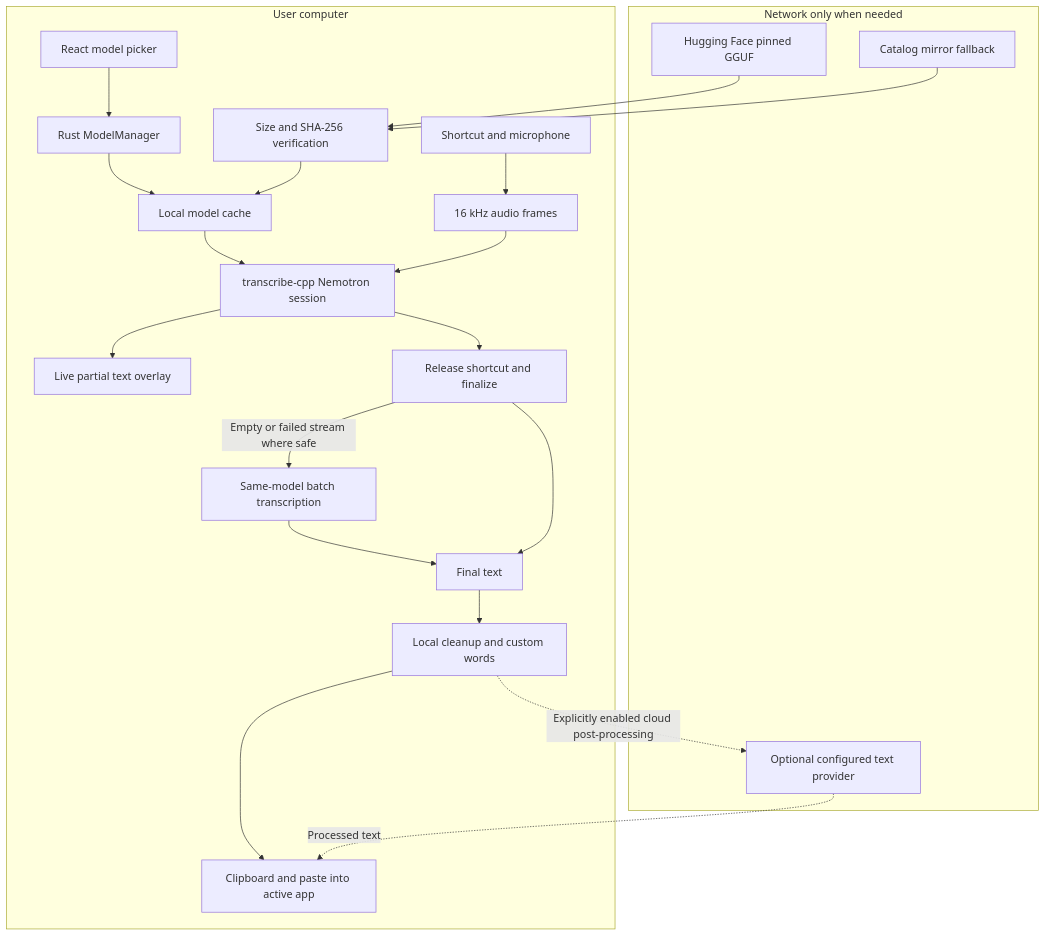
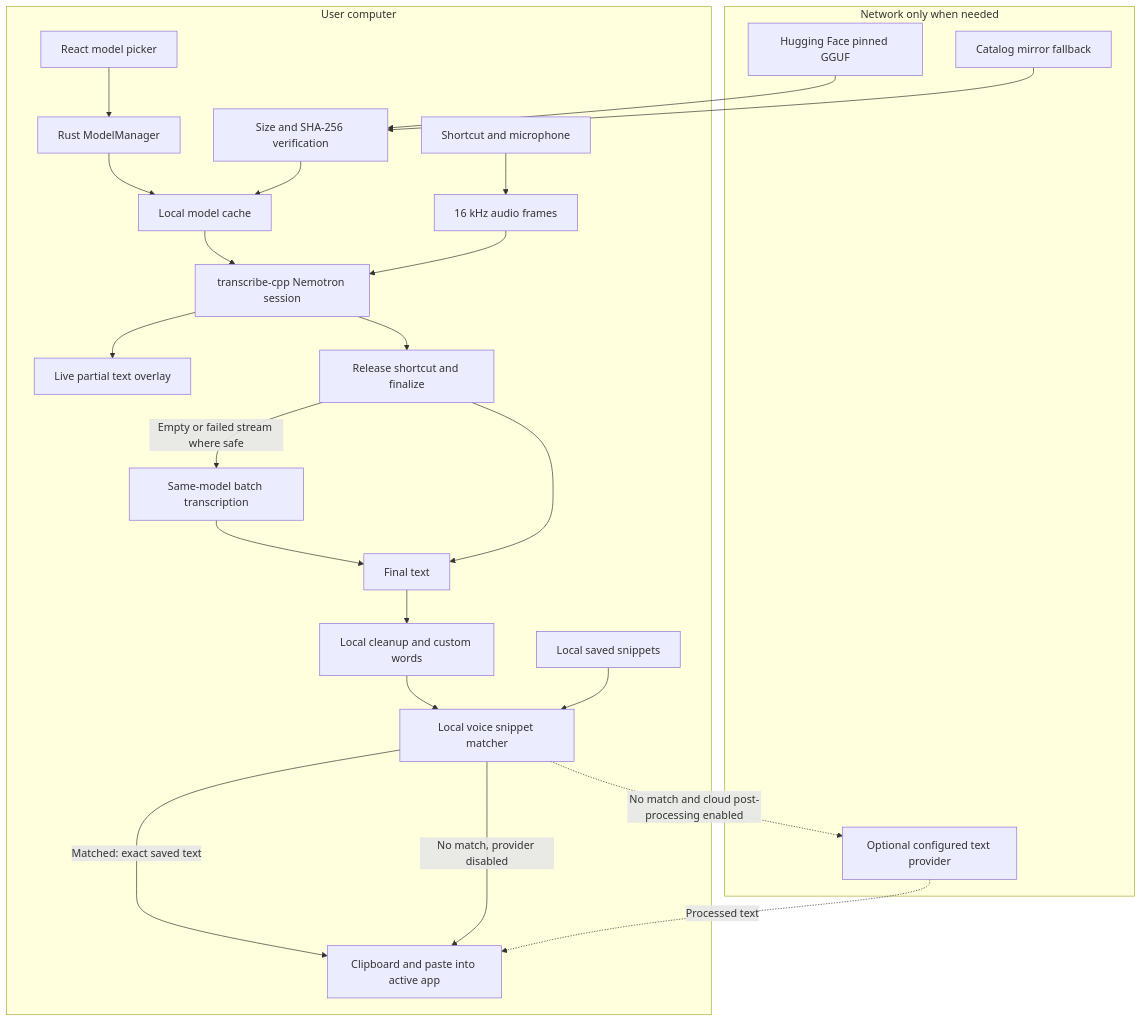
Before and after one commit to Dreydrey9000/say-less: the diagram in docs/diagrams/dictation.mmd, drawn with Mermaid. The commit also changed 68 other files, not shown here.

Commit message:
feat: add local voice snippets and accessible dictation controls

```diff
--- a/docs/diagrams/dictation.mmd
+++ b/docs/diagrams/dictation.mmd
@@ -1,25 +1,28 @@
 flowchart TD
     subgraph Network[Network only when needed]
         HF[Hugging Face pinned GGUF]
         Mirror[Catalog mirror fallback]
         Cloud[Optional configured text provider]
     end
     subgraph Local[User computer]
         Picker[React model picker] --> Manager[Rust ModelManager]
         HF --> Check[Size and SHA-256 verification]
         Mirror --> Check
         Check --> Cache[Local model cache]
         Manager --> Cache
         Mic[Shortcut and microphone] --> Audio[16 kHz audio frames]
         Audio --> Runtime[transcribe-cpp Nemotron session]
         Cache --> Runtime
         Runtime --> Preview[Live partial text overlay]
         Runtime --> Finalize[Release shortcut and finalize]
         Finalize -->|Empty or failed stream where safe| Batch[Same-model batch transcription]
         Batch --> Text[Final text]
         Finalize --> Text
         Text --> Cleanup[Local cleanup and custom words]
-        Cleanup --> Paste[Clipboard and paste into active app]
+        Cleanup --> Snippets[Local voice snippet matcher]
+        Library[Local saved snippets] --> Snippets
+        Snippets -->|Matched: exact saved text| Paste[Clipboard and paste into active app]
+        Snippets -->|No match, provider disabled| Paste
     end
-    Cleanup -. Explicitly enabled cloud post-processing .-> Cloud
+    Snippets -. No match and cloud post-processing enabled .-> Cloud
     Cloud -. Processed text .-> Paste
```
